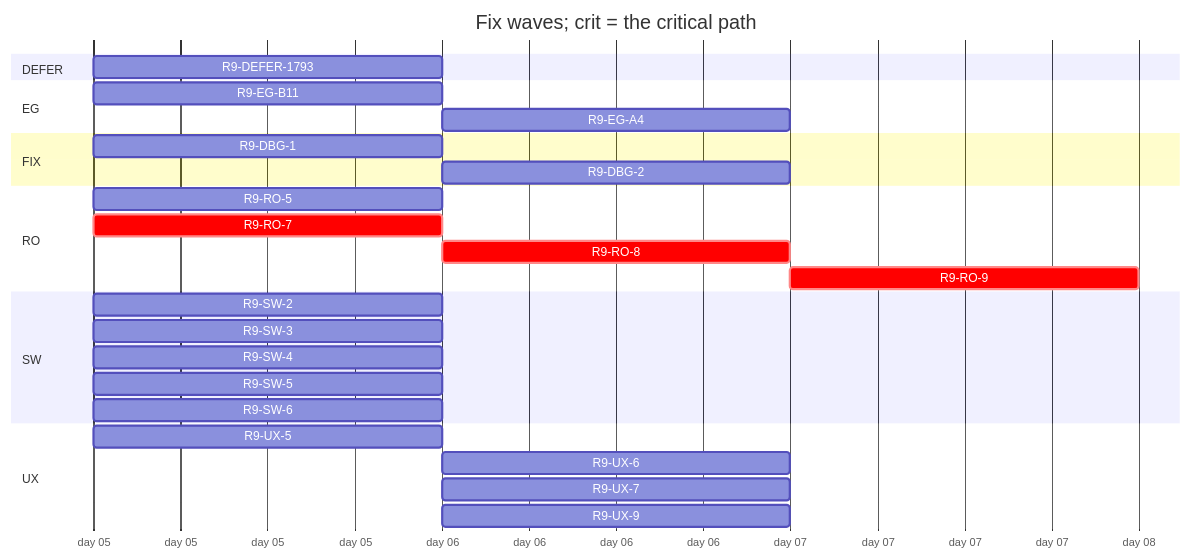
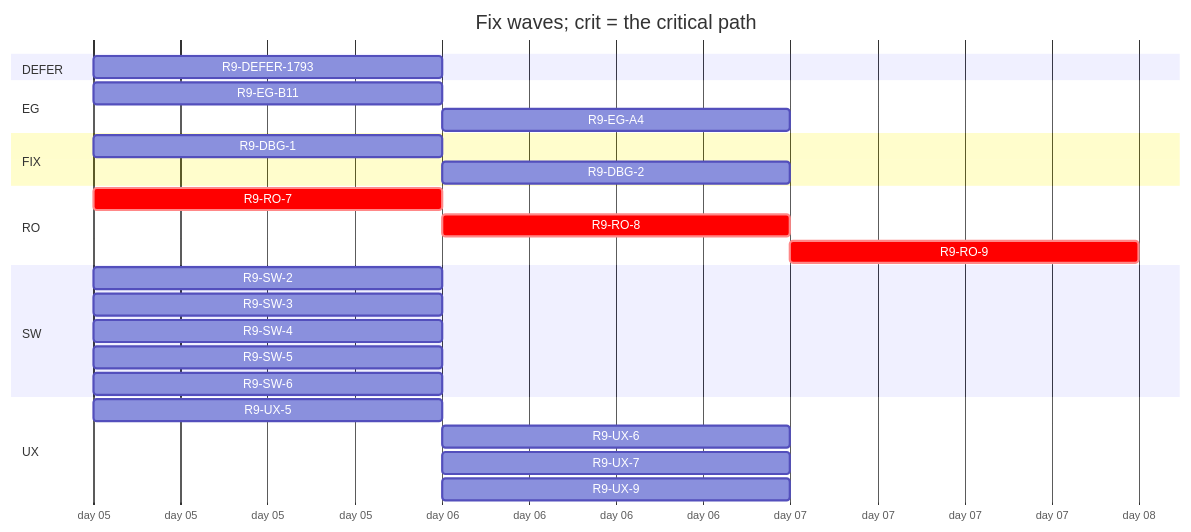
The diagram in handoff/round9/state/PLAN-TABLE.md (tvofi/heatpump_optimizer), drawn with Mermaid before and after one commit. The commit also changed other lines of this file and 2 other files, not shown here.

````diff
--- a/handoff/round9/state/PLAN-TABLE.md
+++ b/handoff/round9/state/PLAN-TABLE.md
@@ -19,30 +19,29 @@
 ```mermaid
 gantt
   title Fix waves; crit = the critical path
   dateFormat YYYY-MM-DD
   axisFormat day %d
   section DEFER
     R9-DEFER-1793 :r9DEFER1793, 2026-01-05, 1d
   section EG
     R9-EG-B11 :r9EGB11, 2026-01-05, 1d
     R9-EG-A4 :r9EGA4, after r9EGB11, 1d
   section FIX
     R9-DBG-1 :r9DBG1, 2026-01-05, 1d
     R9-DBG-2 :r9DBG2, after r9DBG1, 1d
   section RO
-    R9-RO-5 :r9RO5, 2026-01-05, 1d
     R9-RO-7 :crit, r9RO7, 2026-01-05, 1d
     R9-RO-8 :crit, r9RO8, after r9RO7, 1d
-    R9-RO-9 :crit, r9RO9, after r9RO5 r9RO8 r9EGA4 r9SW4 r9UX5 r9UX6 r9UX7, 1d
+    R9-RO-9 :crit, r9RO9, after r9RO8 r9EGA4 r9SW4 r9UX5 r9UX6 r9UX7, 1d
   section SW
     R9-SW-2 :r9SW2, 2026-01-05, 1d
     R9-SW-3 :r9SW3, 2026-01-05, 1d
     R9-SW-4 :r9SW4, 2026-01-05, 1d
     R9-SW-5 :r9SW5, 2026-01-05, 1d
     R9-SW-6 :r9SW6, 2026-01-05, 1d
   section UX
     R9-UX-5 :r9UX5, 2026-01-05, 1d
     R9-UX-6 :r9UX6, after r9EGB11 r9UX5, 1d
     R9-UX-7 :r9UX7, after r9EGB11 r9UX5, 1d
     R9-UX-9 :r9UX9, after r9SW6, 1d
 ```
````
